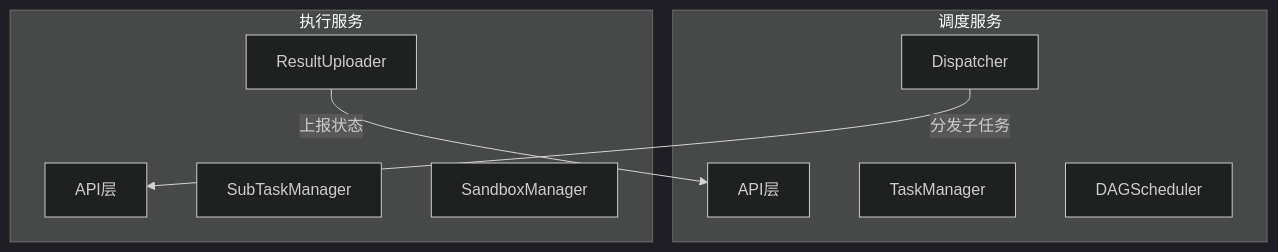
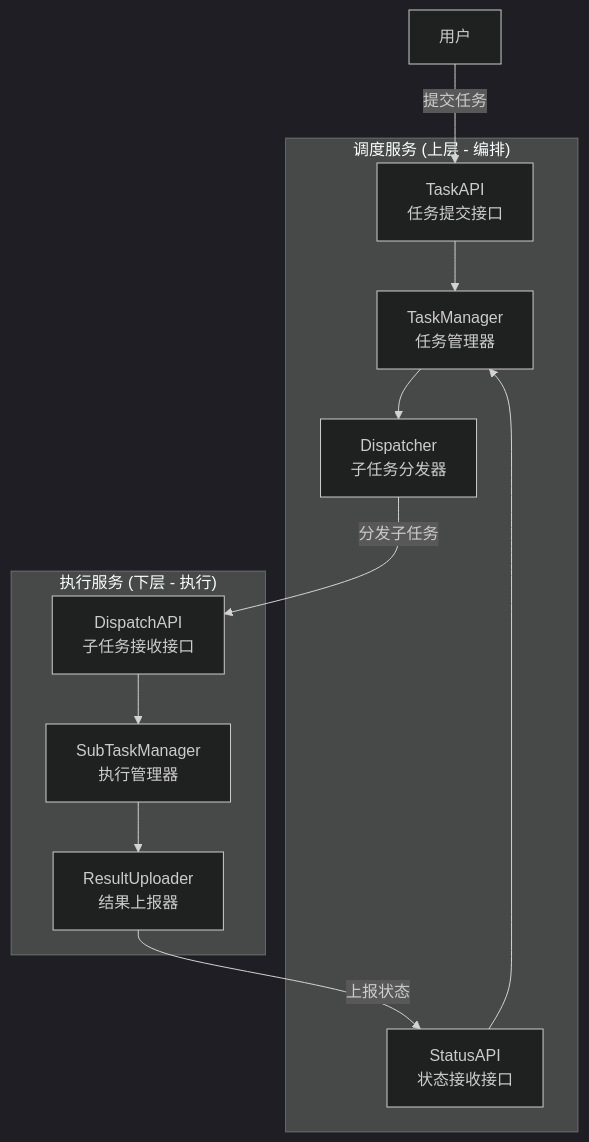
One commit to njuxumq/agent-eval-server changed the first of 8 diagrams in docs/designs/模块设计文档.md. Above: the diagram before and after it, drawn with Mermaid (dark theme). The commit also changed other lines of this file and 13 other files, not shown here.

````diff
--- a/docs/designs/模块设计文档.md
+++ b/docs/designs/模块设计文档.md
@@ -21,19 +21,26 @@
 ```mermaid
 flowchart TB
-    subgraph 调度服务
-        S_API[API层]
-        S_MGR[TaskManager]
-        S_SCHED[DAGScheduler]
-        S_DISP[Dispatcher]
+    User[用户]
+
+    subgraph 调度服务["调度服务 (上层 - 编排)"]
+        TaskAPI[TaskAPI<br/>任务提交接口]
+        Dispatcher[Dispatcher<br/>子任务分发器]
+        StatusAPI[StatusAPI<br/>状态接收接口]
+        TaskManager[TaskManager<br/>任务管理器]
     end
 
-    subgraph 执行服务
-        E_API[API层]
-        E_MGR[SubTaskManager]
-        E_SB[SandboxManager]
-        E_UP[ResultUploader]
+    subgraph 执行服务["执行服务 (下层 - 执行)"]
+        DispatchAPI[DispatchAPI<br/>子任务接收接口]
+        SubTaskManager[SubTaskManager<br/>执行管理器]
+        ResultUploader[ResultUploader<br/>结果上报器]
     end
 
-    S_DISP -->|"分发子任务"| E_API
-    E_UP -->|"上报状态"| S_API
+    User -->|"提交任务"| TaskAPI
+    TaskAPI --> TaskManager
+    TaskManager --> Dispatcher
+    Dispatcher -->|"分发子任务"| DispatchAPI
+    DispatchAPI --> SubTaskManager
+    SubTaskManager --> ResultUploader
+    ResultUploader -->|"上报状态"| StatusAPI
+    StatusAPI --> TaskManager
 ```
````
